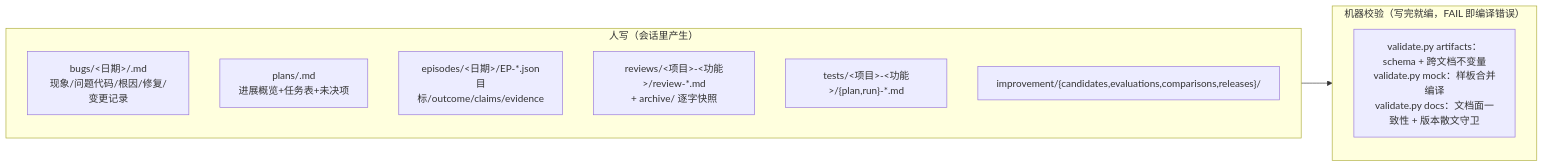
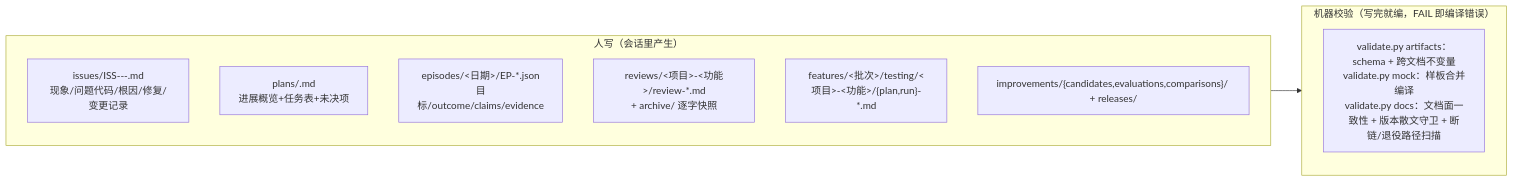
Before and after one commit to Ganseblum/agentflows: the fifth of 5 diagrams in docs/system-guide.md, drawn with Mermaid. The commit also changed other lines of this file and 30 other files, not shown here.

First line of the commit message:
feat: 0.10.0 彻底清理与防漂移（用户批准）——四类残留清零 + validate.py docs 增断链/退役路径扫描（红 9 项→绿）+ N4/N6/N7 收口

````diff
--- a/docs/system-guide.md
+++ b/docs/system-guide.md
@@ -190,15 +190,15 @@
 ```mermaid
 flowchart LR
     subgraph WRITTEN["人写（会话里产生）"]
-        B["bugs/<日期>/<slug>.md<br/>现象/问题代码/根因/修复/变更记录"]
+        B["issues/ISS-<YYYY>-<NNN>-<slug>.md<br/>现象/问题代码/根因/修复/变更记录"]
         P["plans/<plan_id>.md<br/>进展概览+任务表+未决项"]
         E["episodes/<日期>/EP-*.json<br/>目标/outcome/claims/evidence"]
         RV["reviews/<项目>-<功能>/review-*.md<br/>+ archive/ 逐字快照"]
-        T["tests/<项目>-<功能>/{plan,run}-*.md"]
-        I["improvement/{candidates,evaluations,comparisons,releases}/"]
+        T["features/<批次>/testing/<项目>-<功能>/{plan,run}-*.md"]
+        I["improvements/{candidates,evaluations,comparisons}/ + releases/"]
     end
     subgraph COMPILED["机器校验（写完就编，FAIL 即编译错误）"]
-        V["validate.py artifacts：schema + 跨文档不变量<br/>validate.py mock：样板合并编译<br/>validate.py docs：文档面一致性 + 版本散文守卫"]
+        V["validate.py artifacts：schema + 跨文档不变量<br/>validate.py mock：样板合并编译<br/>validate.py docs：文档面一致性 + 版本散文守卫 + 断链/退役路径扫描"]
     end
     WRITTEN --> COMPILED
 ```
````
